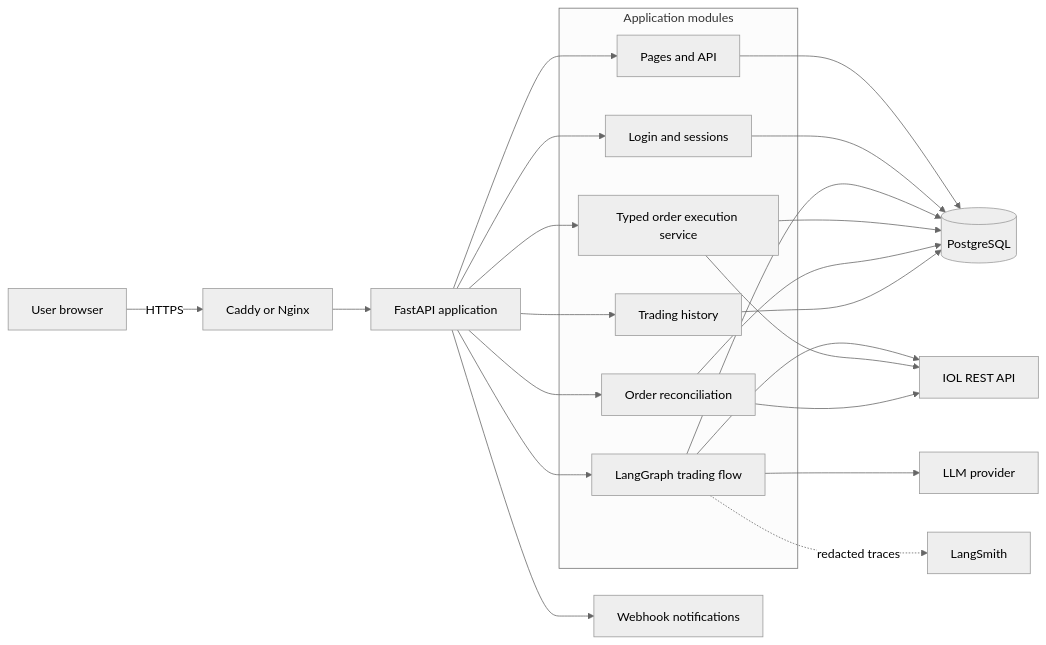
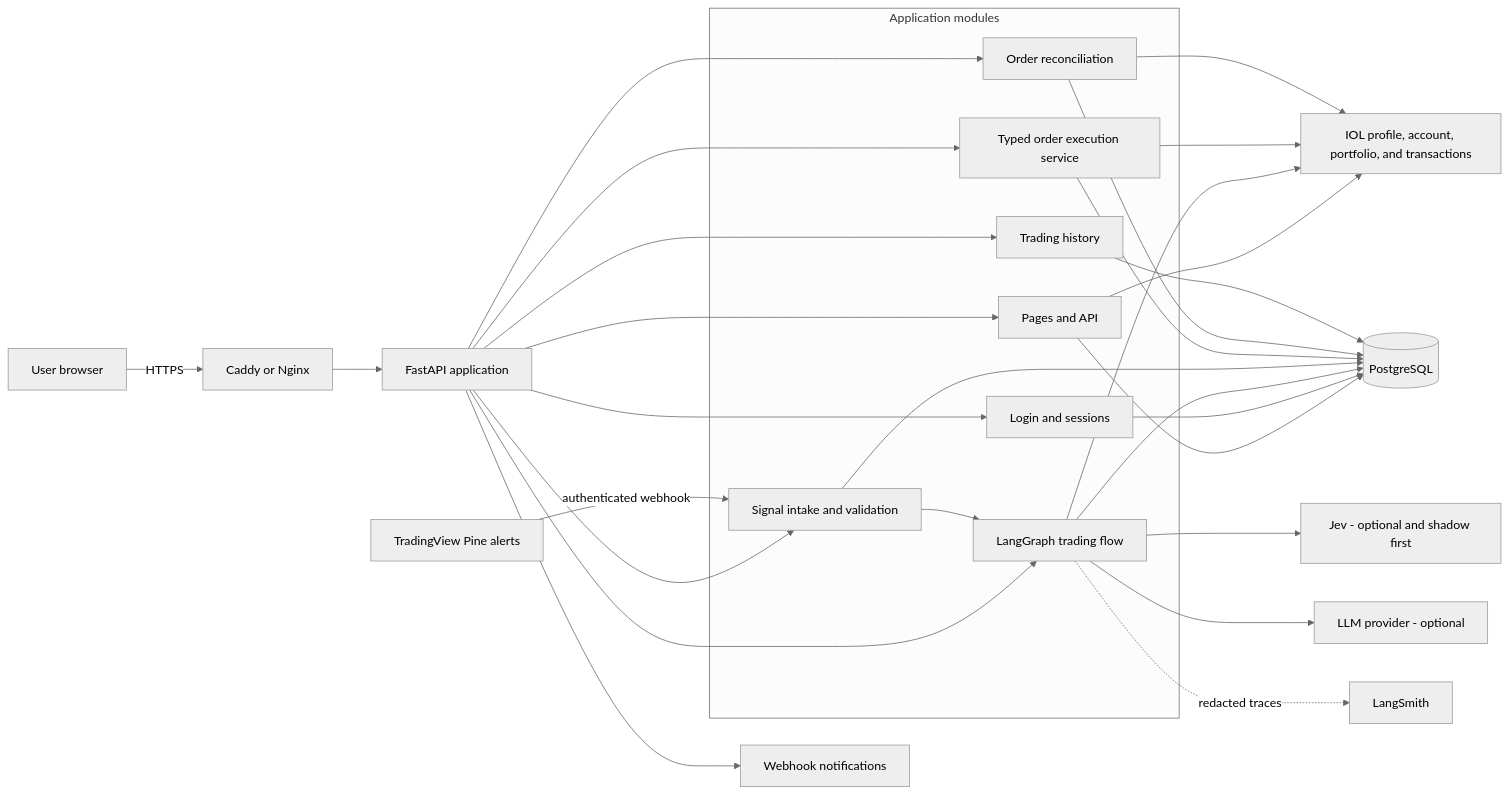
The first of 4 diagrams in README.md (joseluismuzikant/ia-trading-broker), drawn with Mermaid (neutral theme) before and after one commit. The commit also changed other lines of this file, not shown here.

Commit message:
updating README and models graph

````diff
--- a/README.md
+++ b/README.md
@@ -78,35 +90,42 @@
 ```mermaid README.md
 flowchart LR
     U[User browser] -->|HTTPS| P[Caddy or Nginx]
     P --> A[FastAPI application]
 
     subgraph APP[Application modules]
         WEB[Pages and API]
         AUTH[Login and sessions]
         GRAPH[LangGraph trading flow]
+        SIGNALS[Signal intake and validation]
         EXEC[Typed order execution service]
         RECON[Order reconciliation]
         HISTORY[Trading history]
     end
 
     A --> WEB
     A --> AUTH
     A --> GRAPH
+    A --> SIGNALS
     A --> EXEC
     A --> RECON
     A --> HISTORY
 
     WEB --> DB[(PostgreSQL)]
     AUTH --> DB
     GRAPH --> DB
+    SIGNALS --> DB
     EXEC --> DB
     RECON --> DB
     HISTORY --> DB
 
-    GRAPH --> IOL[IOL REST API]
+    WEB --> IOL[IOL profile, account, portfolio, and transactions]
+    GRAPH --> IOL
     EXEC --> IOL
     RECON --> IOL
-    GRAPH --> LLM[LLM provider]
+    GRAPH --> JEV[Jev - optional and shadow first]
+    GRAPH --> LLM[LLM provider - optional]
     GRAPH -. redacted traces .-> LS[LangSmith]
+    TV[TradingView Pine alerts] -->|authenticated webhook| SIGNALS
+    SIGNALS --> GRAPH
     A --> WH[Webhook notifications]
 ```
````
